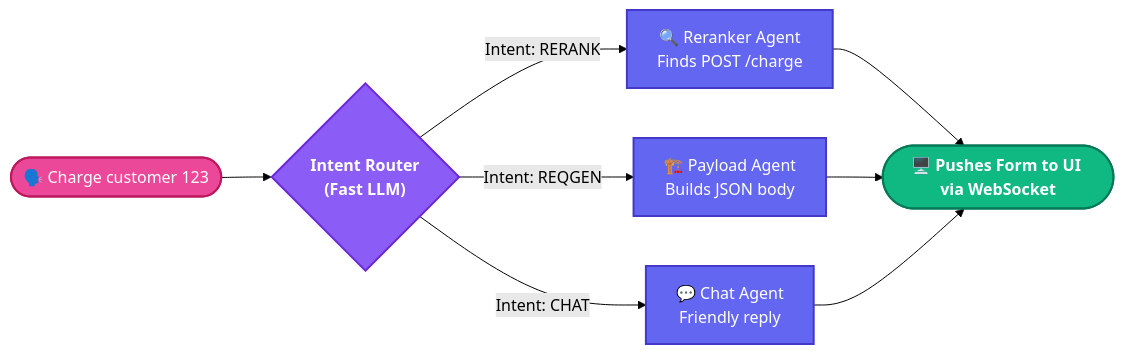
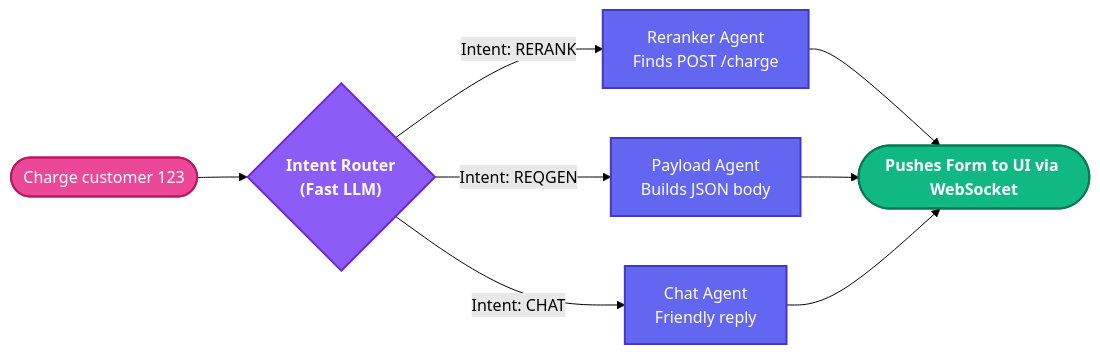
The second of 3 diagrams in README.md (autotask05-pixel/openapiai-cloud), drawn with Mermaid (forest theme) before and after one commit. The commit also changed other lines of this file, not shown here.

````diff
--- a/README.md
+++ b/README.md
@@ -92,23 +92,23 @@
 ```mermaid
 flowchart LR
     classDef user fill:#ec4899,stroke:#be185d,stroke-width:2px,color:#fff
     classDef brain fill:#8b5cf6,stroke:#6d28d9,stroke-width:2px,color:#fff,font-weight:bold
     classDef agent fill:#6366f1,stroke:#4338ca,stroke-width:2px,color:#fff
     classDef ui fill:#10b981,stroke:#047857,stroke-width:2px,color:#fff,font-weight:bold
 
-    User(["🗣️ Charge customer 123"]):::user
+    User([" Charge customer 123"]):::user
     Router{"Intent Router<br>(Fast LLM)"}:::brain
 
-    A1["🔍 Reranker Agent<br>Finds POST /charge"]:::agent
-    A2["🏗️ Payload Agent<br>Builds JSON body"]:::agent
-    A3["💬 Chat Agent<br>Friendly reply"]:::agent
+    A1[" Reranker Agent<br>Finds POST /charge"]:::agent
+    A2[" Payload Agent<br>Builds JSON body"]:::agent
+    A3[" Chat Agent<br>Friendly reply"]:::agent
 
     User --> Router
     Router -->|Intent: RERANK| A1
     Router -->|Intent: REQGEN| A2
     Router -->|Intent: CHAT| A3
 
-    A1 --> UI(["🖥️ Pushes Form to UI via WebSocket"]):::ui
+    A1 --> UI([" Pushes Form to UI via WebSocket"]):::ui
     A2 --> UI
     A3 --> UI
 ```
````
